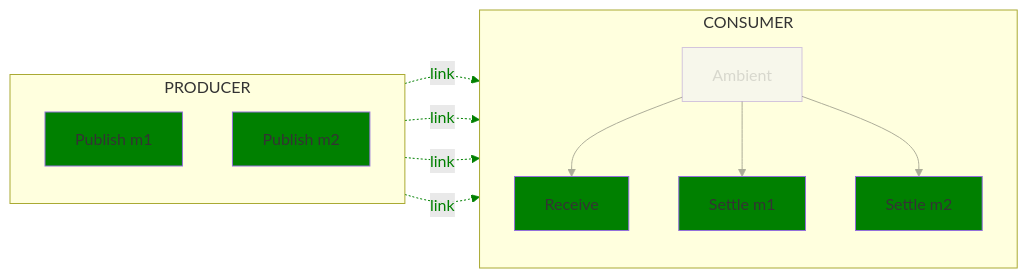
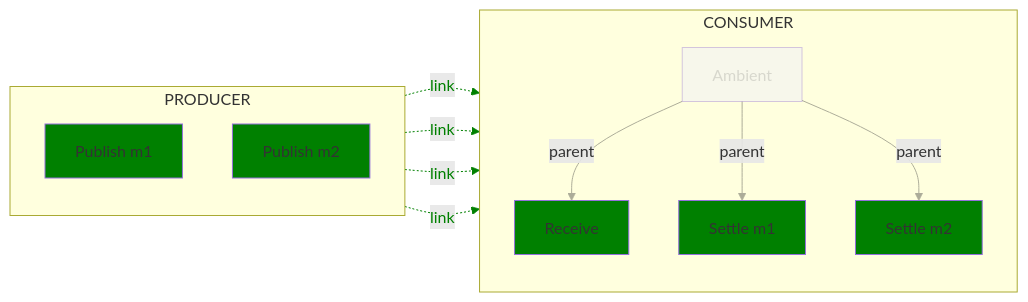
One commit to open-telemetry/oteps changed diagram 11 of 12 in text/trace/0220-messaging-semantic-conventions-span-structure.md. Above: the diagram before and after it, drawn with Mermaid. The commit also changed other lines of this file, not shown here.

Commit message:
Add parent label on diagrams

````diff
--- a/text/trace/0220-messaging-semantic-conventions-span-structure.md
+++ b/text/trace/0220-messaging-semantic-conventions-span-structure.md
@@ -556,25 +556,25 @@
 ```mermaid
 flowchart LR;
   subgraph PRODUCER
   direction TB
   PM1[Publish m1]
   PM2[Publish m2]
   end
   subgraph CONSUMER
   direction TB
-  A[Ambient]-->R[Receive]
-  A-->SM1[Settle m1]
-  A-->SM2[Settle m2]
+  A[Ambient]-->|parent|R[Receive]
+  A-->|parent|SM1[Settle m1]
+  A-->|parent|SM2[Settle m2]
   end
   PM1-. link .->R;
   PM2-. link .->R;
   PM1-. link .->SM1;
   PM2-. link .->SM2;
 
   classDef normal fill:green
   class PM1,PM2,SM1,SM2,R normal
   classDef additional opacity:0.4
   class A additional
   linkStyle 0,1,2 opacity:0.4
   linkStyle 3,4,5,6 color:green,stroke:green
 ```
````
